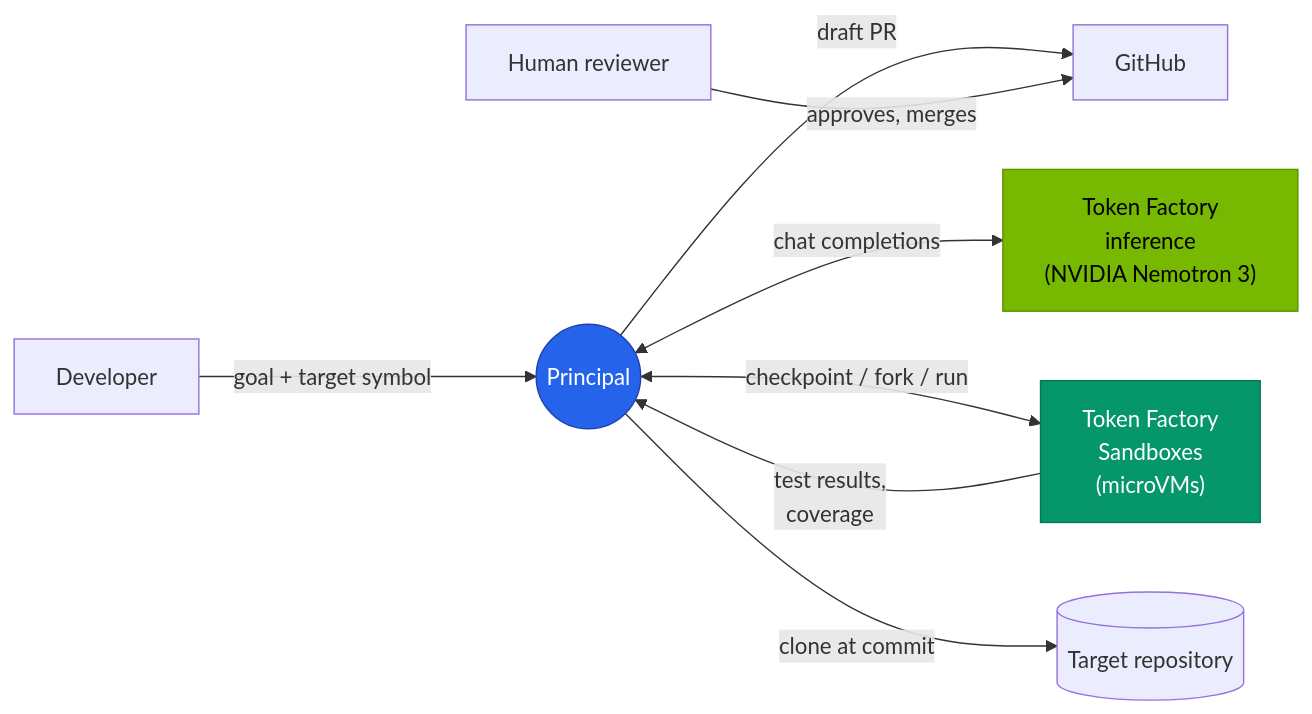
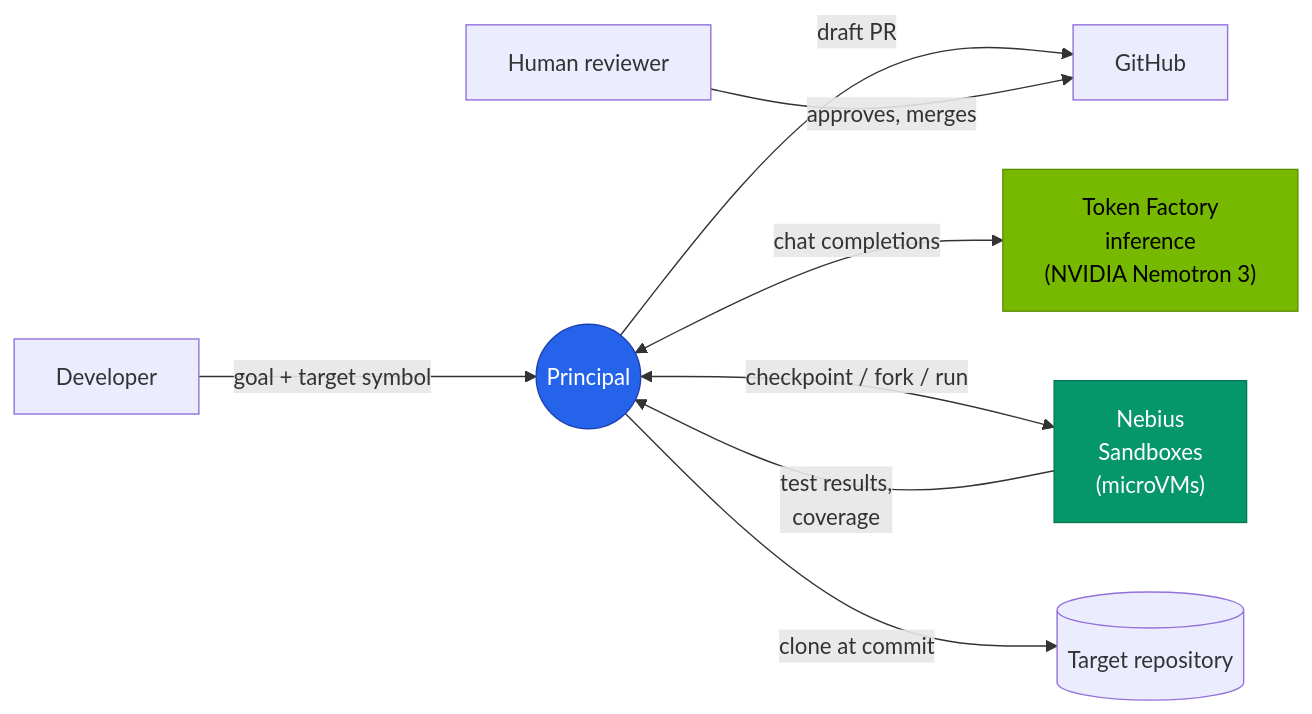
One commit to BugHunterX2101/AMTDRS changed the first of 5 diagrams in README.md. Above: the diagram before and after it, drawn with Mermaid. The commit also changed other lines of this file, not shown here.

````diff
--- a/README.md
+++ b/README.md
@@ -225,14 +225,14 @@
 ```mermaid
 flowchart LR
     DEV["Developer"] -->|"goal + target symbol"| P(("Principal"))
     P -->|"draft PR"| GH["GitHub"]
     REV["Human reviewer"] -->|"approves, merges"| GH
     P <-->|"chat completions"| TF["Token Factory<br/>inference<br/>(NVIDIA Nemotron 3)"]
-    P <-->|"checkpoint / fork / run"| SBX["Token Factory<br/>Sandboxes<br/>(microVMs)"]
+    P <-->|"checkpoint / fork / run"| SBX["Nebius<br/>Sandboxes<br/>(microVMs)"]
     P -->|"clone at commit"| REPO[("Target repository")]
     SBX -->|"test results,<br/>coverage"| P
 
     style P fill:#2563eb,color:#fff,stroke:#1e40af
     style SBX fill:#059669,color:#fff,stroke:#047857
     style TF fill:#76b900,color:#000,stroke:#5a8f00
 ```
````
